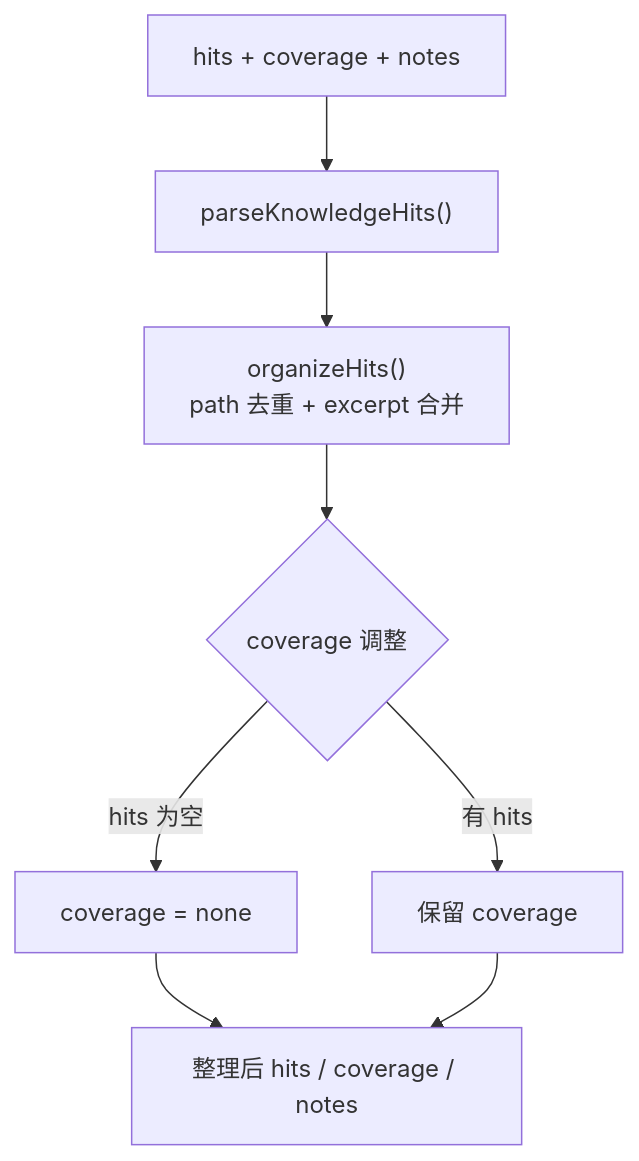
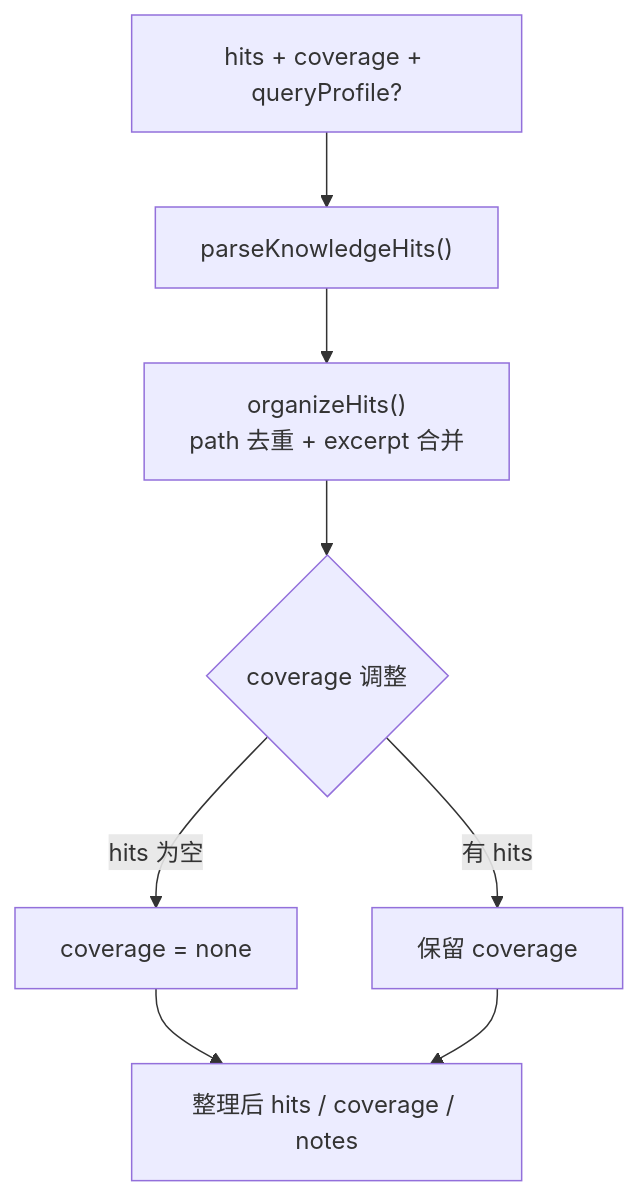
Before and after one commit to panzhanfei/fambrain-agents: the eighth of 11 diagrams in docs/02-agent-flows.md, drawn with Mermaid. The commit also changed other lines of this file and 26 other files, not shown here.

````diff
--- a/docs/02-agent-flows.md
+++ b/docs/02-agent-flows.md
@@ -265,10 +274,10 @@
 ```mermaid
 flowchart TD
-  IN["hits + coverage + notes"] --> ZOD["parseKnowledgeHits()"]
+  IN["hits + coverage + queryProfile?"] --> ZOD["parseKnowledgeHits()"]
   ZOD --> DEDUP["organizeHits()<br/>path 去重 + excerpt 合并"]
   DEDUP --> COV{coverage 调整}
   COV -->|hits 为空| NONE[coverage = none]
   COV -->|有 hits| KEEP[保留 coverage]
   NONE --> OUT[整理后 hits / coverage / notes]
   KEEP --> OUT
 ```
````
